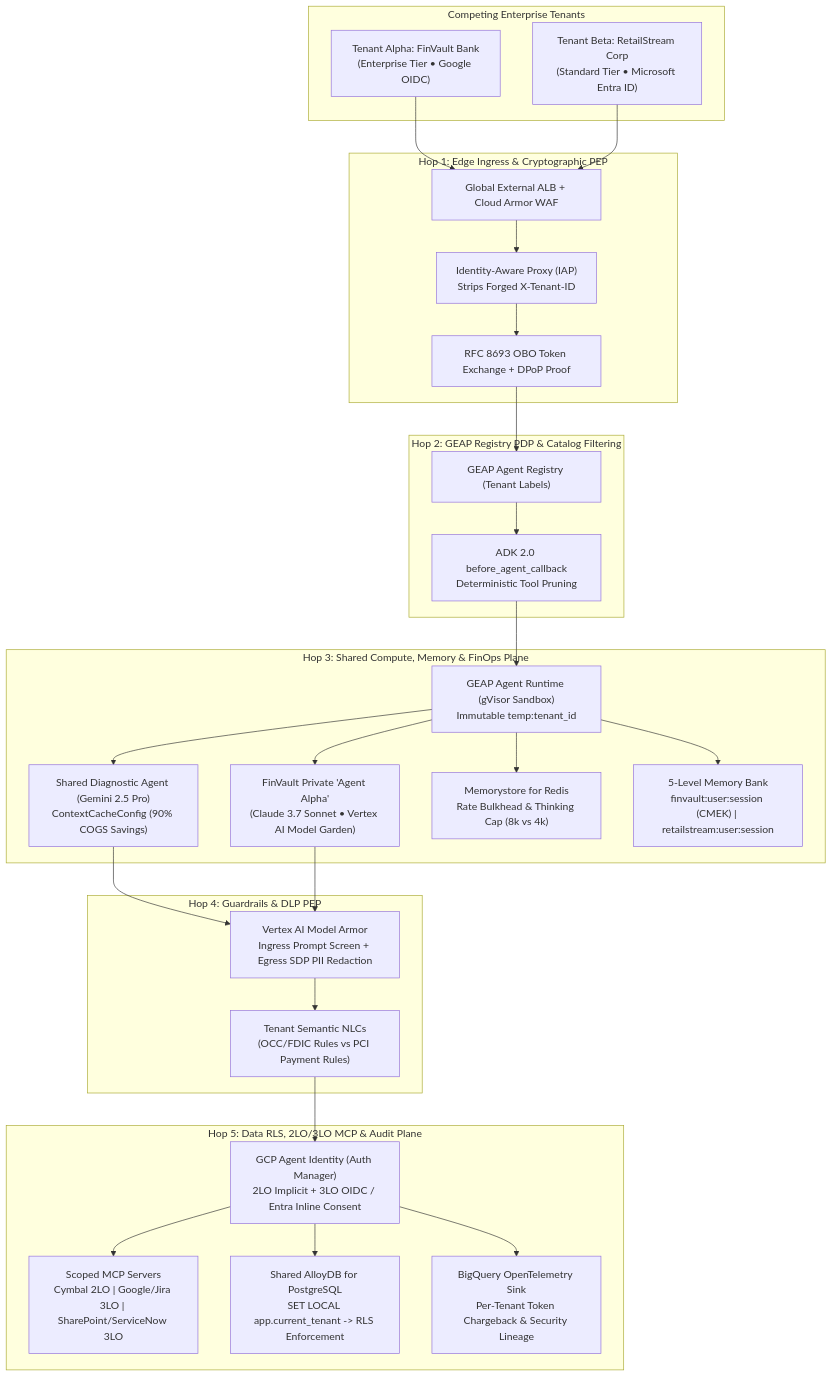
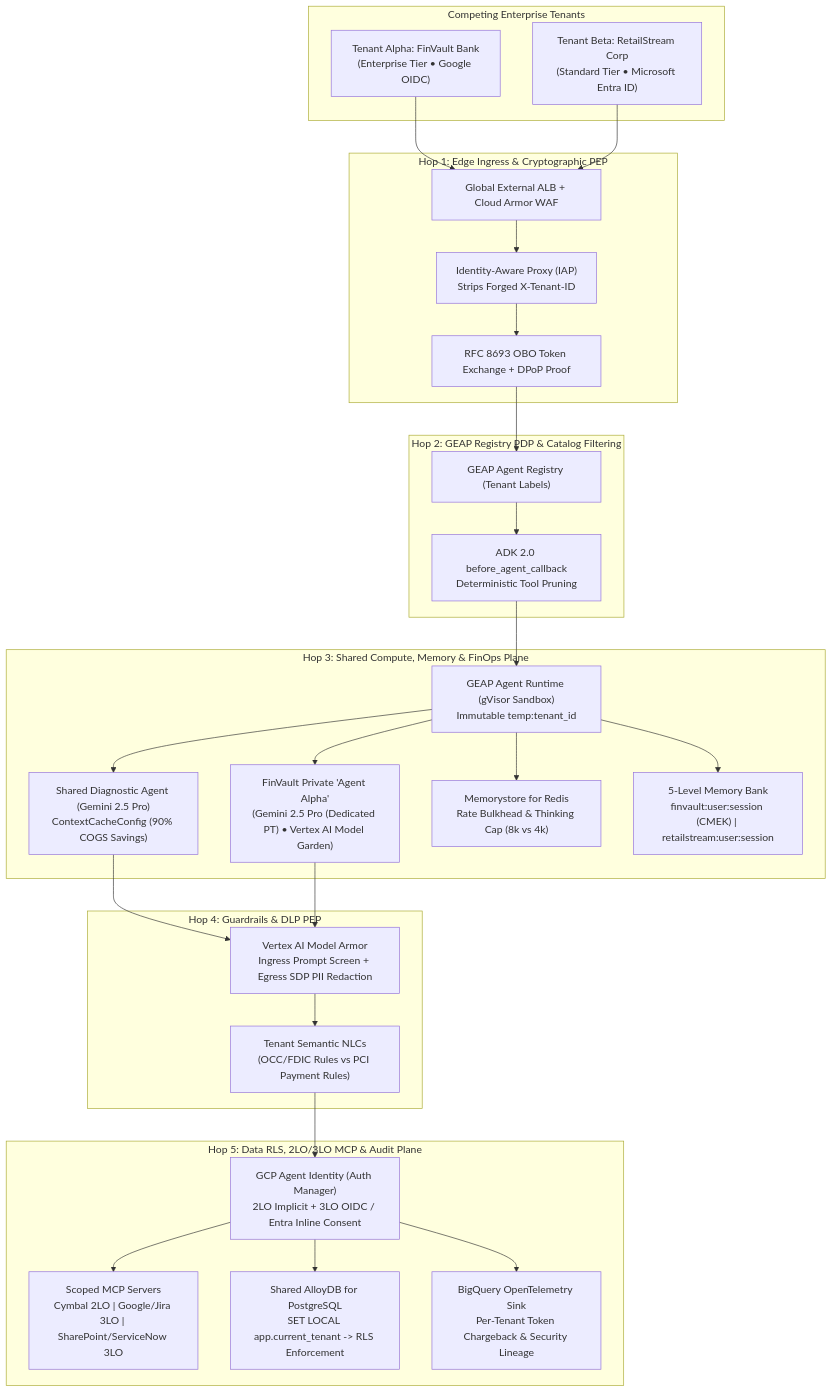
One commit to nitinaggarwal-12/blogs changed the first of 3 diagrams in workstream-1-reference-architecture/1.1-architecture-taxonomy-and-diagrams.md. Above: the diagram before and after it, drawn with Mermaid. The commit also changed other lines of this file and 85 other files, not shown here.

Commit message:
chore(forensic-audit): 4-layer diagram & slide deck remediation (0 duplicate cards, 0 truncated hyphen/underscore labels, 0 Claude/Okta/Snowflake refs across 14 workstream diagrams, 9 #78 guides, 26 canonical blueprints & 162 slides)

````diff
--- a/workstream-1-reference-architecture/1.1-architecture-taxonomy-and-diagrams.md
+++ b/workstream-1-reference-architecture/1.1-architecture-taxonomy-and-diagrams.md
@@ -43,53 +43,53 @@
 ```mermaid
 flowchart TB
     subgraph Clients["Competing Enterprise Tenants"]
         FV["Tenant Alpha: FinVault Bank<br/>(Enterprise Tier • Google OIDC)"]
         RS["Tenant Beta: RetailStream Corp<br/>(Standard Tier • Microsoft Entra ID)"]
     end
 
     subgraph Hop1_Edge["Hop 1: Edge Ingress & Cryptographic PEP"]
         ALB["Global External ALB + Cloud Armor WAF"]
         IAP["Identity-Aware Proxy (IAP)<br/>Strips Forged X-Tenant-ID"]
         OBO["RFC 8693 OBO Token Exchange + DPoP Proof"]
     end
 
     subgraph Hop2_Registry["Hop 2: GEAP Registry PDP & Catalog Filtering"]
         Reg["GEAP Agent Registry (Tenant Labels)"]
         Callback["ADK 2.0 before_agent_callback<br/>Deterministic Tool Pruning"]
     end
 
     subgraph Hop3_Compute["Hop 3: Shared Compute, Memory & FinOps Plane"]
         Sandbox["GEAP Agent Runtime (gVisor Sandbox)<br/>Immutable temp:tenant_id"]
         SharedAgent["Shared Diagnostic Agent (Gemini 2.5 Pro)<br/>ContextCacheConfig (90% COGS Savings)"]
-        AgentAlpha["FinVault Private 'Agent Alpha'<br/>(Claude 3.7 Sonnet • Vertex AI Model Garden)"]
+        AgentAlpha["FinVault Private 'Agent Alpha'<br/>(Gemini 2.5 Pro (Dedicated PT) • Vertex AI Model Garden)"]
         Redis["Memorystore for Redis<br/>Rate Bulkhead & Thinking Cap (8k vs 4k)"]
         MemBank["5-Level Memory Bank<br/>finvault:user:session (CMEK) | retailstream:user:session"]
     end
 
     subgraph Hop4_Guardrails["Hop 4: Guardrails & DLP PEP"]
         Armor["Vertex AI Model Armor<br/>Ingress Prompt Screen + Egress SDP PII Redaction"]
         NLC["Tenant Semantic NLCs<br/>(OCC/FDIC Rules vs PCI Payment Rules)"]
     end
 
     subgraph Hop5_Data["Hop 5: Data RLS, 2LO/3LO MCP & Audit Plane"]
         AuthMgr["GCP Agent Identity (Auth Manager)<br/>2LO Implicit + 3LO OIDC / Entra Inline Consent"]
         MCP["Scoped MCP Servers<br/>Cymbal 2LO | Google/Jira 3LO | SharePoint/ServiceNow 3LO"]
         AlloyDB["Shared AlloyDB for PostgreSQL<br/>SET LOCAL app.current_tenant -> RLS Enforcement"]
         BQ["BigQuery OpenTelemetry Sink<br/>Per-Tenant Token Chargeback & Security Lineage"]
     end
 
     FV --> ALB
     RS --> ALB
     ALB --> IAP --> OBO --> Reg --> Callback
     Callback --> Sandbox
     Sandbox --> SharedAgent
     Sandbox --> AgentAlpha
     Sandbox --> Redis
     Sandbox --> MemBank
     SharedAgent --> Armor
     AgentAlpha --> Armor
     Armor --> NLC --> AuthMgr
     AuthMgr --> MCP
     AuthMgr --> AlloyDB
     AuthMgr --> BQ
 ```
````
